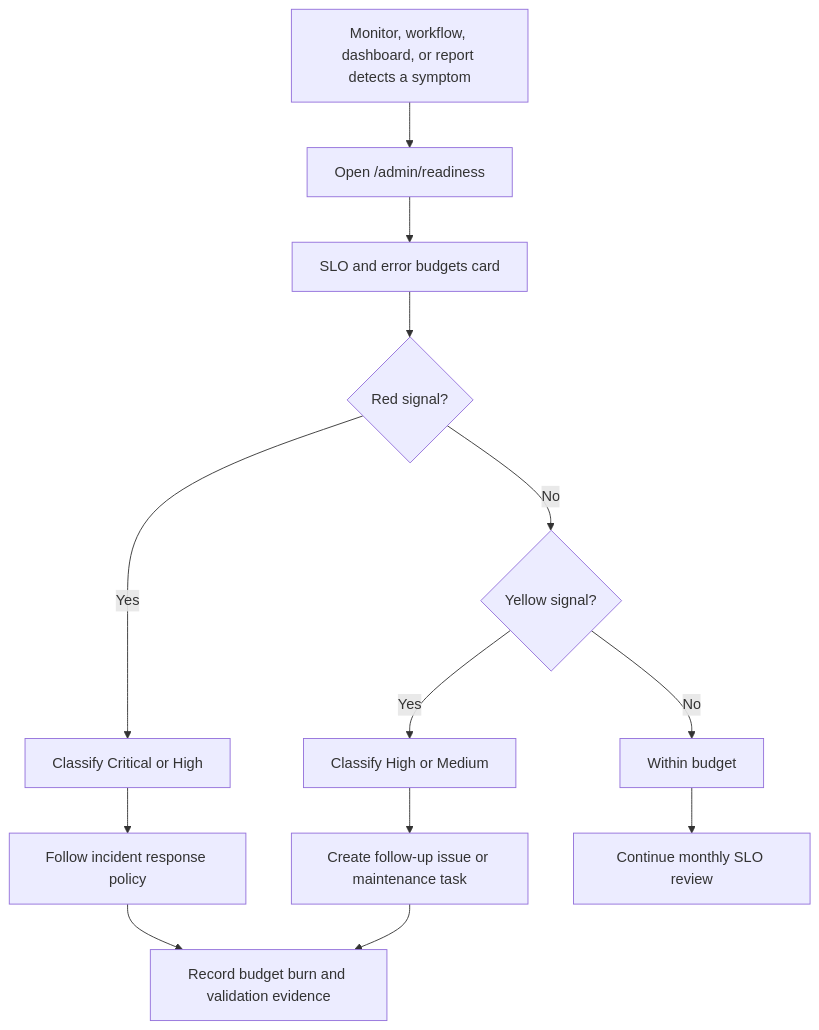
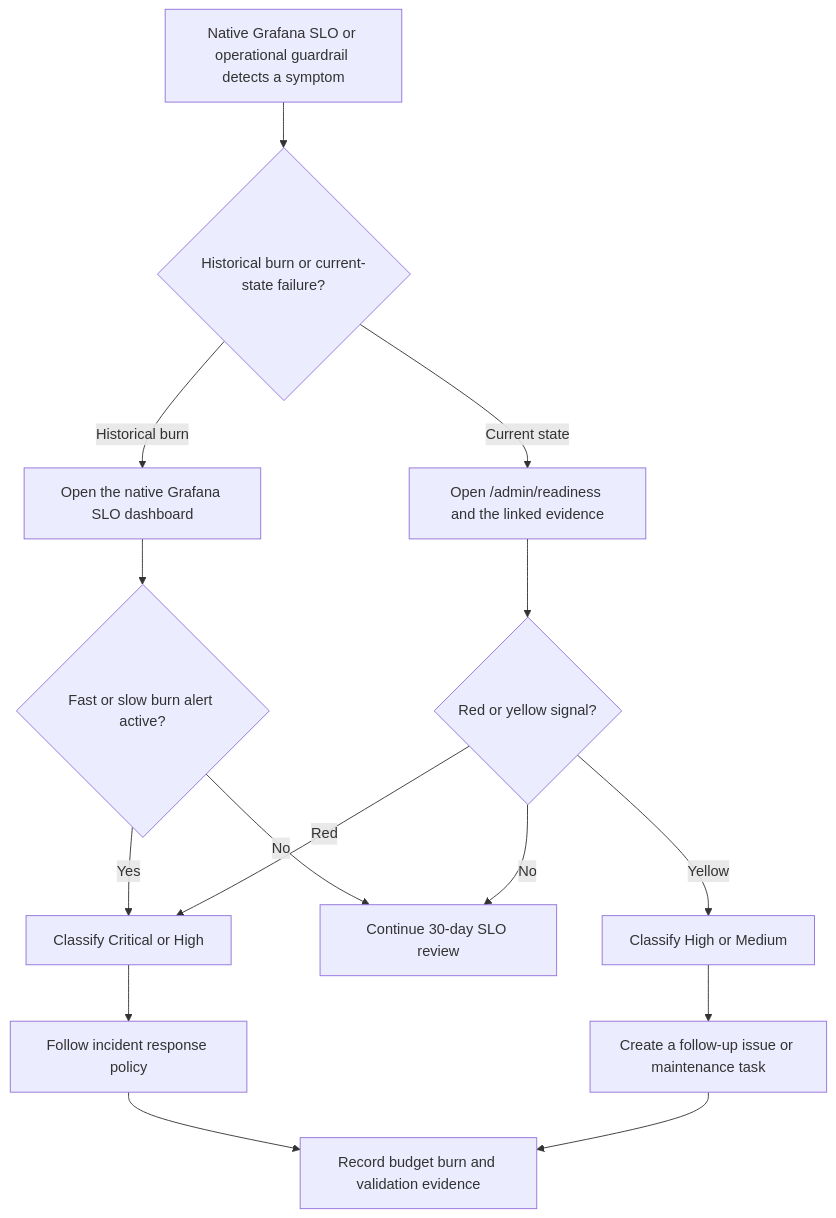
Before and after one commit to ramideltoro/nutsnews-docs: the diagram in SERVICE_LEVEL_OBJECTIVES.md, drawn with Mermaid. The commit also changed other lines of this file and 36 other files, not shown here.

````diff
--- a/SERVICE_LEVEL_OBJECTIVES.md
+++ b/SERVICE_LEVEL_OBJECTIVES.md
@@ -97,15 +194,17 @@
 ```mermaid
 flowchart TD
-  A[Monitor, workflow, dashboard, or report detects a symptom] --> B[Open /admin/readiness]
-  B --> C[SLO and error budgets card]
-  C --> D{Red signal?}
-  D -->|Yes| E[Classify Critical or High]
-  D -->|No| F{Yellow signal?}
-  F -->|Yes| G[Classify High or Medium]
-  F -->|No| H[Within budget]
-  E --> I[Follow incident response policy]
-  G --> J[Create follow-up issue or maintenance task]
-  I --> K[Record budget burn and validation evidence]
-  J --> K
-  H --> L[Continue monthly SLO review]
+  A["Native Grafana SLO or operational guardrail detects a symptom"] --> B{"Historical burn or current-state failure?"}
+  B -->|"Historical burn"| C["Open the native Grafana SLO dashboard"]
+  B -->|"Current state"| D["Open /admin/readiness and the linked evidence"]
+  C --> E{"Fast or slow burn alert active?"}
+  D --> F{"Red or yellow signal?"}
+  E -->|"Yes"| G["Classify Critical or High"]
+  E -->|"No"| H["Continue 30-day SLO review"]
+  F -->|"Red"| G
+  F -->|"Yellow"| I["Classify High or Medium"]
+  F -->|"No"| H
+  G --> J["Follow incident response policy"]
+  I --> K["Create a follow-up issue or maintenance task"]
+  J --> L["Record budget burn and validation evidence"]
+  K --> L
 ```
````
